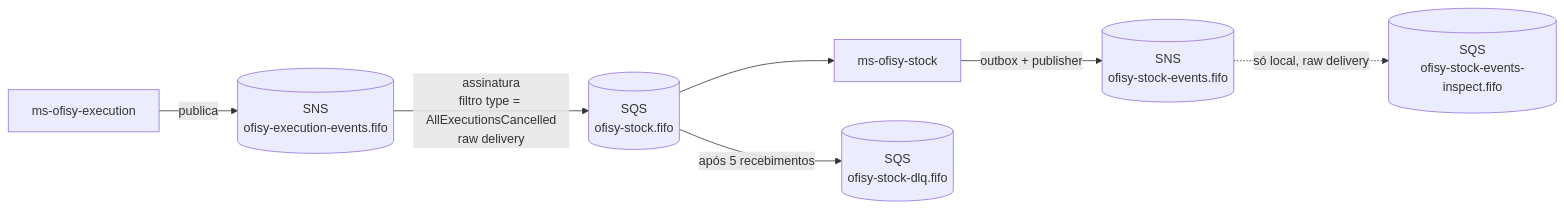
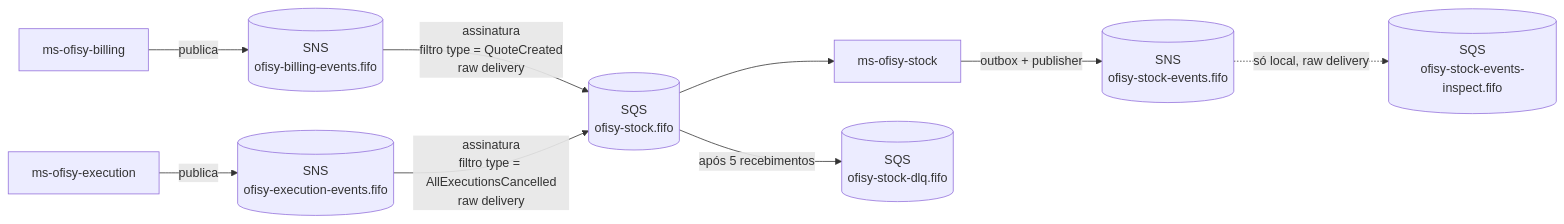
One commit to 15SOAT-FIAP/ms-ofisy-stock changed the first of 2 diagrams in docs/MESSAGING.md. Above: the diagram before and after it, drawn with Mermaid. The commit also changed other lines of this file, not shown here.

Commit message:
docs: documentar o consumo pelo QuoteCreated

````diff
--- a/docs/MESSAGING.md
+++ b/docs/MESSAGING.md
@@ -11,9 +11,11 @@
 ```mermaid
 flowchart LR
+    billing[ms-ofisy-billing] -->|publica| billingTopic[(SNS<br/>ofisy-billing-events.fifo)]
+    billingTopic -->|assinatura<br/>filtro type = QuoteCreated<br/>raw delivery| queue[(SQS<br/>ofisy-stock.fifo)]
     execution[ms-ofisy-execution] -->|publica| execTopic[(SNS<br/>ofisy-execution-events.fifo)]
-    execTopic -->|assinatura<br/>filtro type = AllExecutionsCancelled<br/>raw delivery| queue[(SQS<br/>ofisy-stock.fifo)]
+    execTopic -->|assinatura<br/>filtro type = AllExecutionsCancelled<br/>raw delivery| queue
     queue --> app[ms-ofisy-stock]
     queue -->|após 5 recebimentos| dlq[(SQS<br/>ofisy-stock-dlq.fifo)]
     app -->|outbox + publisher| topic[(SNS<br/>ofisy-stock-events.fifo)]
     topic -.->|só local, raw delivery| inspect[(SQS<br/>ofisy-stock-events-inspect.fifo)]
 ```
````
